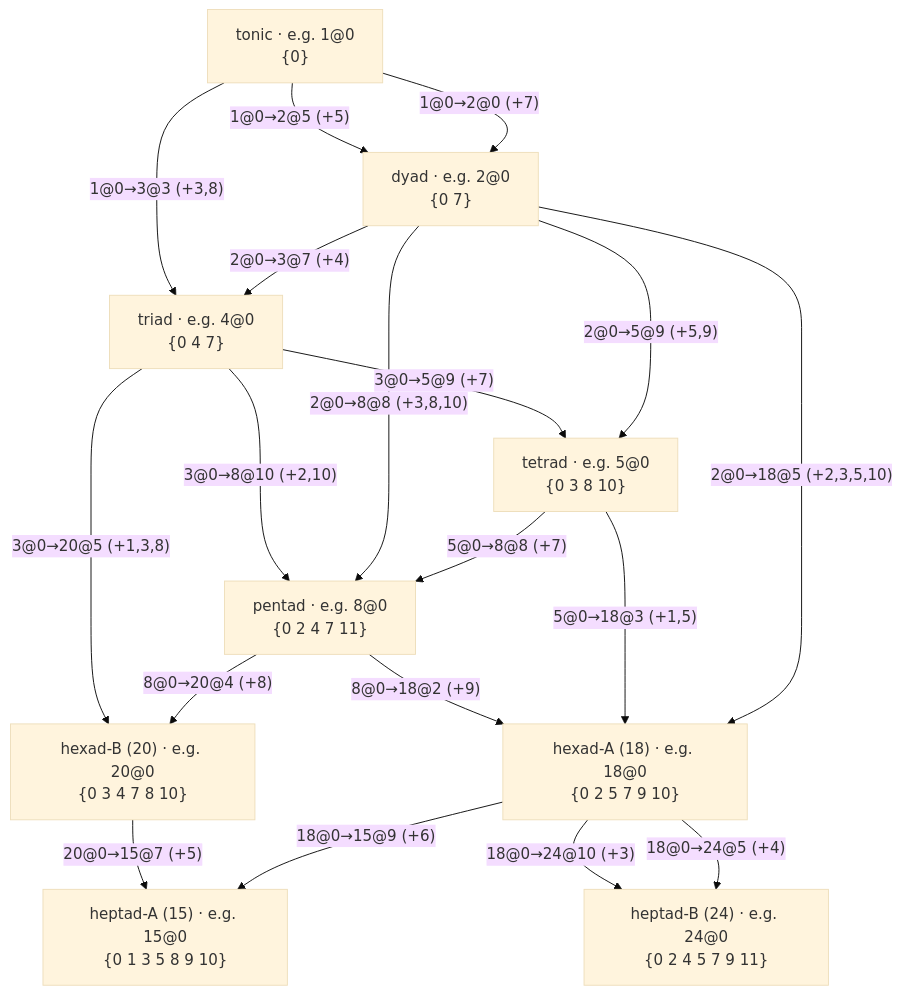
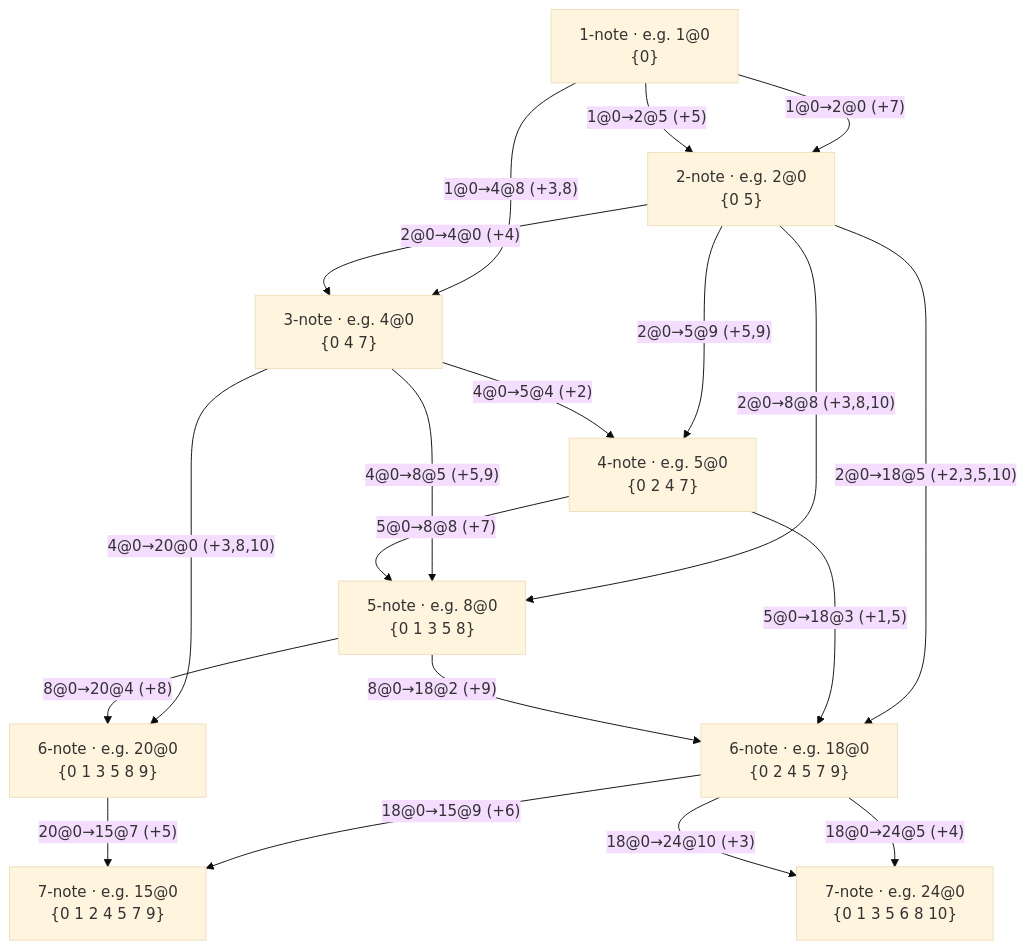
Before and after one commit to jkvastad/Melodroid-3: the first of 4 diagrams in website/docs/music/placements.mdx, drawn with Mermaid (base theme). The commit also changed other lines of this file and 2 other files, not shown here.

Commit message:
Updated placement graphs to align with placement command

````diff
--- a/website/docs/music/placements.mdx
+++ b/website/docs/music/placements.mdx
@@ -94,31 +94,31 @@
 ```mermaid
 flowchart TD
-    S1["tonic · e.g. 1@0<br/>{0}"]
-    S2["dyad · e.g. 2@0<br/>{0 7}"]
-    S3["triad · e.g. 4@0<br/>{0 4 7}"]
-    S5["tetrad · e.g. 5@0<br/>{0 3 8 10}"]
-    S8["pentad · e.g. 8@0<br/>{0 2 4 7 11}"]
-    H18["hexad-A (18) · e.g. 18@0<br/>{0 2 5 7 9 10}"]
-    H20["hexad-B (20) · e.g. 20@0<br/>{0 3 4 7 8 10}"]
-    P15["heptad-A (15) · e.g. 15@0<br/>{0 1 3 5 8 9 10}"]
-    P24["heptad-B (24) · e.g. 24@0<br/>{0 2 4 5 7 9 11}"]
+    S0["1-note · e.g. 1@0<br/>{0}"]
+    S1["2-note · e.g. 2@0<br/>{0 5}"]
+    S2["3-note · e.g. 4@0<br/>{0 4 7}"]
+    S3["4-note · e.g. 5@0<br/>{0 2 4 7}"]
+    S4["5-note · e.g. 8@0<br/>{0 1 3 5 8}"]
+    S5["6-note · e.g. 18@0<br/>{0 2 4 5 7 9}"]
+    S6["6-note · e.g. 20@0<br/>{0 1 3 5 8 9}"]
+    S7["7-note · e.g. 15@0<br/>{0 1 2 4 5 7 9}"]
+    S8["7-note · e.g. 24@0<br/>{0 1 3 5 6 8 10}"]
 
-    S1 -- "1@0→2@0 (+7)" --> S2
-    S1 -- "1@0→2@5 (+5)" --> S2
-    S2 -- "2@0→3@7 (+4)" --> S3
-    S1 -- "1@0→3@3 (+3,8)" --> S3
-    S2 -- "2@0→5@9 (+5,9)" --> S5
-    S5 -- "5@0→8@8 (+7)" --> S8
-    S2 -- "2@0→8@8 (+3,8,10)" --> S8
-    S2 -- "2@0→18@5 (+2,3,5,10)" --> H18
-    S3 -- "3@0→5@9 (+7)" --> S5
-    S3 -- "3@0→8@10 (+2,10)" --> S8
-    S8 -- "8@0→20@4 (+8)" --> H20
-    S3 -- "3@0→20@5 (+1,3,8)" --> H20
-    S5 -- "5@0→18@3 (+1,5)" --> H18
-    S8 -- "8@0→18@2 (+9)" --> H18
-    H18 -- "18@0→15@9 (+6)" --> P15
-    H18 -- "18@0→24@5 (+4)" --> P24
-    H18 -- "18@0→24@10 (+3)" --> P24
-    H20 -- "20@0→15@7 (+5)" --> P15
+    S0 -- "1@0→2@0 (+7)" --> S1
+    S0 -- "1@0→2@5 (+5)" --> S1
+    S0 -- "1@0→4@8 (+3,8)" --> S2
+    S1 -- "2@0→4@0 (+4)" --> S2
+    S1 -- "2@0→5@9 (+5,9)" --> S3
+    S1 -- "2@0→8@8 (+3,8,10)" --> S4
+    S1 -- "2@0→18@5 (+2,3,5,10)" --> S5
+    S2 -- "4@0→5@4 (+2)" --> S3
+    S2 -- "4@0→8@5 (+5,9)" --> S4
+    S2 -- "4@0→20@0 (+3,8,10)" --> S6
+    S3 -- "5@0→8@8 (+7)" --> S4
+    S3 -- "5@0→18@3 (+1,5)" --> S5
+    S4 -- "8@0→18@2 (+9)" --> S5
+    S4 -- "8@0→20@4 (+8)" --> S6
+    S5 -- "18@0→15@9 (+6)" --> S7
+    S5 -- "18@0→24@5 (+4)" --> S8
+    S5 -- "18@0→24@10 (+3)" --> S8
+    S6 -- "20@0→15@7 (+5)" --> S7
 ```
````
